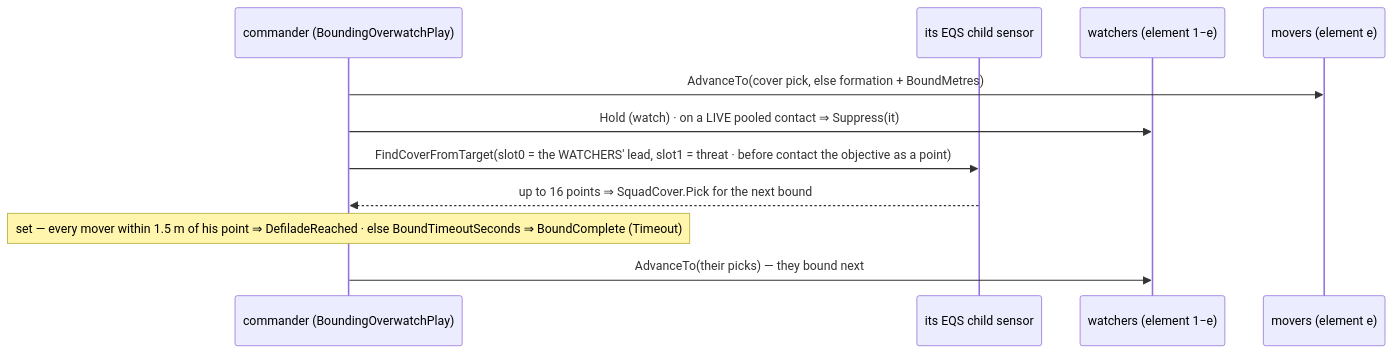
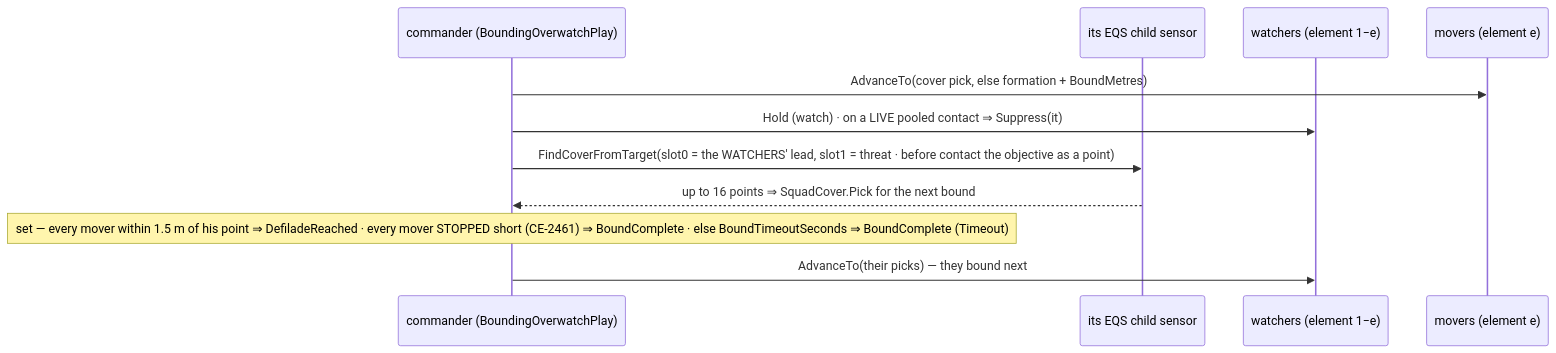
One commit to pjanec/HROT changed diagram 20 of 41 in docs/designs/group-maneuvers/DESIGN_Squad_Tactics.md. Above: the diagram before and after it, drawn with Mermaid. The commit also changed other lines of this file and 1 other file, not shown here.

Commit message:
CE-2461 design + tracker row: a bounding element waits for a man who stopped; no cover picks on a ledge (code follows once gated)
Claude-Session: https://claude.ai/code/session_01UUS7RS2qAWX2WQnqmBaj9o

````diff
--- a/docs/designs/group-maneuvers/DESIGN_Squad_Tactics.md
+++ b/docs/designs/group-maneuvers/DESIGN_Squad_Tactics.md
@@ -1006,13 +1006,13 @@
 ```mermaid
 sequenceDiagram
     participant C as commander (BoundingOverwatchPlay)
     participant Q as its EQS child sensor
     participant W as watchers (element 1−e)
     participant M as movers (element e)
     C->>M: AdvanceTo(cover pick, else formation + BoundMetres)
     C->>W: Hold (watch) · on a LIVE pooled contact ⇒ Suppress(it)
     C->>Q: FindCoverFromTarget(slot0 = the WATCHERS' lead, slot1 = threat · before contact the objective as a point)
     Q-->>C: up to 16 points ⇒ SquadCover.Pick for the next bound
-    Note over C: set — every mover within 1.5 m of his point ⇒ DefiladeReached · else BoundTimeoutSeconds ⇒ BoundComplete (Timeout)
+    Note over C: set — every mover within 1.5 m of his point ⇒ DefiladeReached · every mover STOPPED short (CE-2461) ⇒ BoundComplete · else BoundTimeoutSeconds ⇒ BoundComplete (Timeout)
     C->>W: AdvanceTo(their picks) — they bound next
 ```
````
